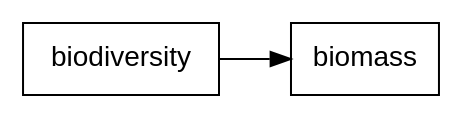
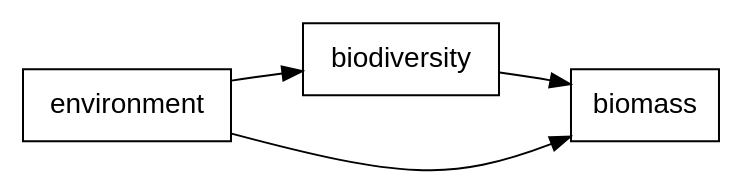
The sixth of 25 diagrams in 5_Slides/Intro_to_SEM_part1.qmd (pennekampster/Swiss_SEM), drawn with Graphviz before and after one commit. The commit also changed other lines of this file and 2 other files, not shown here.

````diff
--- a/5_Slides/Intro_to_SEM_part1.qmd
+++ b/5_Slides/Intro_to_SEM_part1.qmd
@@ -474,15 +466,16 @@
 ```{dot}
 //| fig-width: 8
 digraph  {
 
    # a 'graph' statement
   graph [overlap = false, fontsize = 10, splines = curved, rankdir = LR]
 
   # several 'node' statements
   node [shape = box,
         fontname = Helvetica]
   
-   biodiversity -> biomass;
+   environment -> biodiversity -> biomass;
+   environment -> biomass;
   
 }
 ```
````
